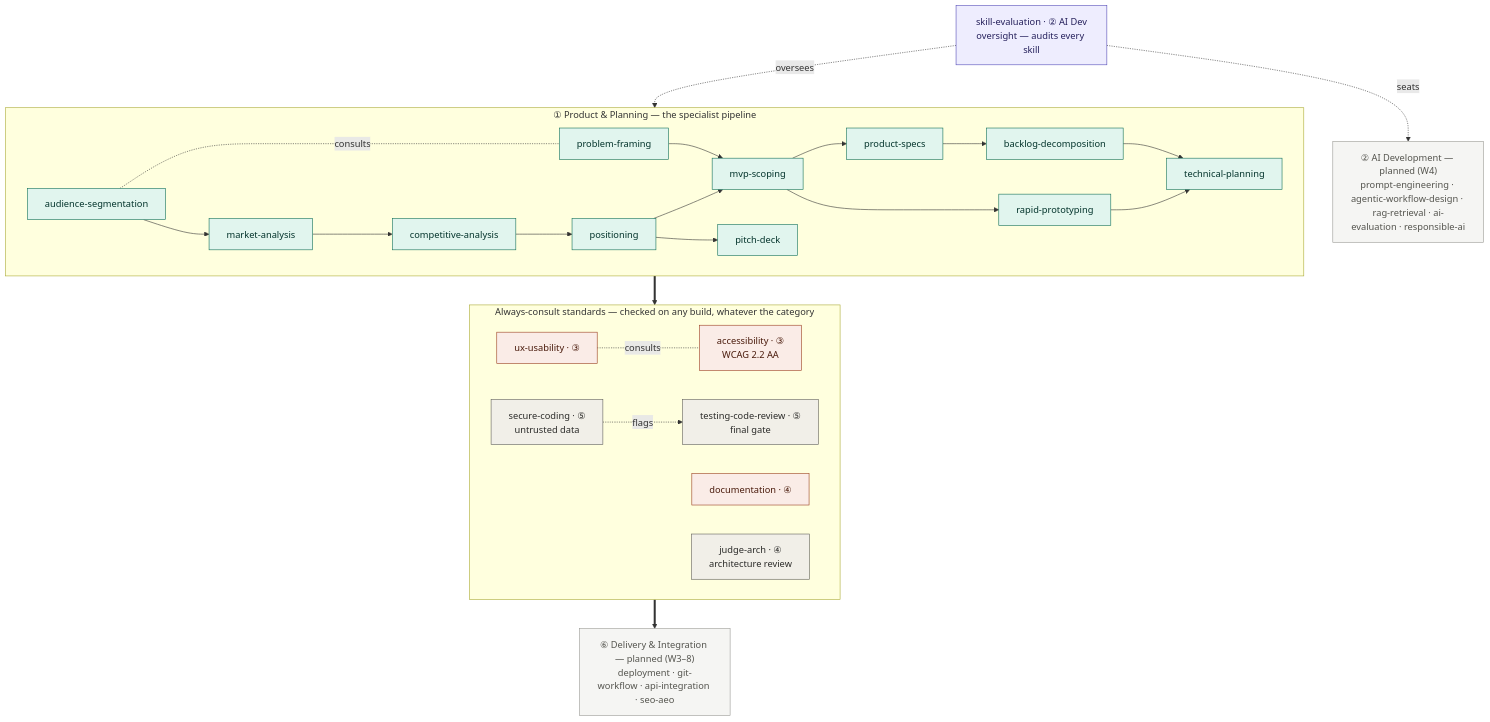
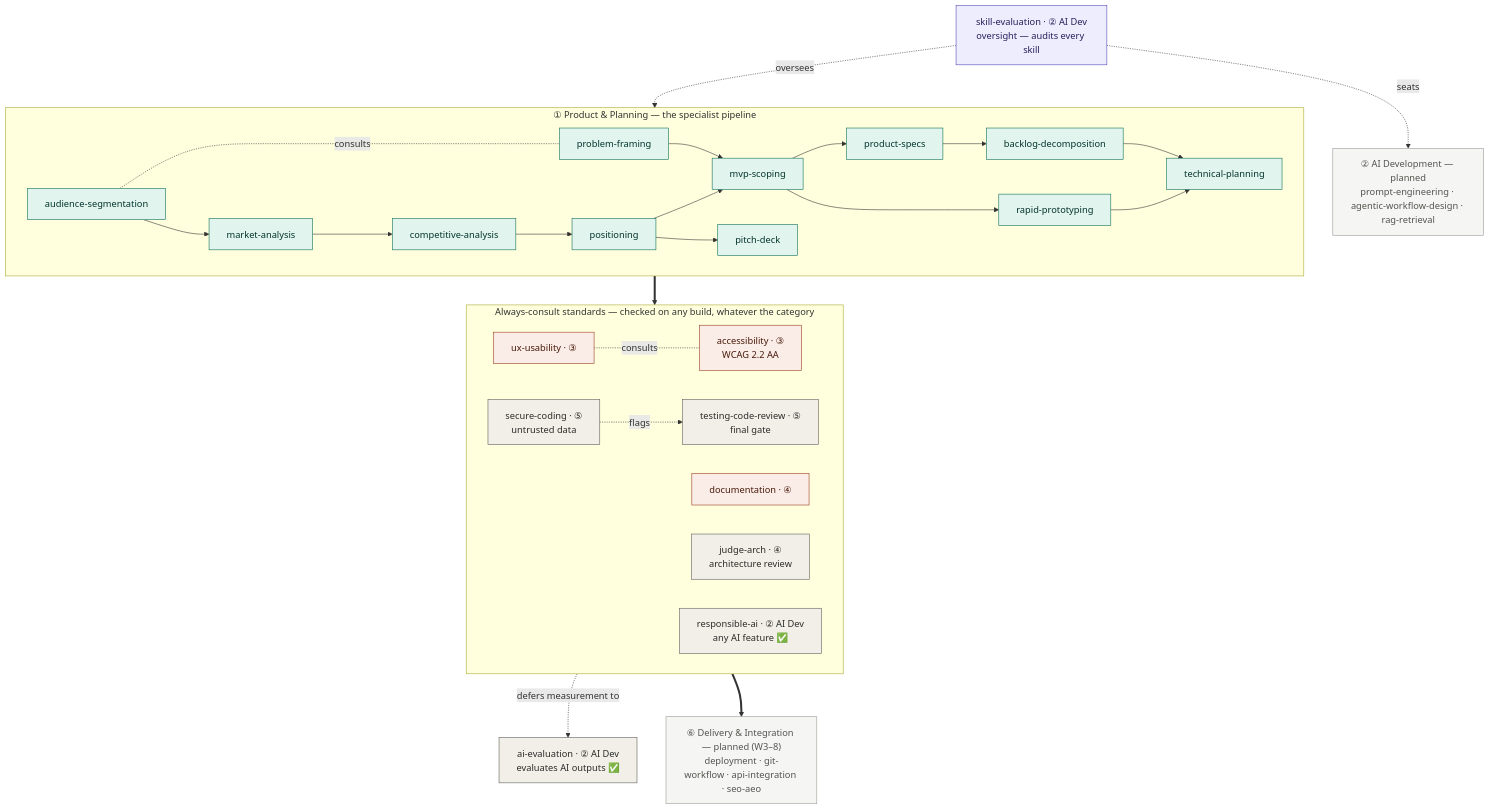
One commit to ValeriyaMetla/AI-Development-Residency changed the diagram in docs/SKILLS-LIBRARY.md. Above: the diagram before and after it, drawn with Mermaid.

````diff
--- a/docs/SKILLS-LIBRARY.md
+++ b/docs/SKILLS-LIBRARY.md
@@ -130,41 +130,44 @@
 ```mermaid
 flowchart TD
     SE["skill-evaluation · ② AI Dev<br/>oversight — audits every skill"]
+    AIE["ai-evaluation · ② AI Dev<br/>evaluates AI outputs ✅"]
 
     subgraph C1["① Product & Planning — the specialist pipeline"]
       direction LR
       PF["problem-framing"] --> MVP["mvp-scoping"]
       AS["audience-segmentation"] --> MA["market-analysis"] --> CA["competitive-analysis"] --> POS["positioning"] --> MVP
       MVP --> PS["product-specs"] --> BD["backlog-decomposition"] --> TP["technical-planning"]
       MVP --> RP["rapid-prototyping"] --> TP
       POS --> PD["pitch-deck"]
       AS -. consults .- PF
     end
 
     subgraph XC["Always-consult standards — checked on any build, whatever the category"]
       direction LR
       UX["ux-usability · ③"] -. consults .- A11Y["accessibility · ③<br/>WCAG 2.2 AA"]
       DOC["documentation · ④"]
       JA["judge-arch · ④<br/>architecture review"]
       SEC["secure-coding · ⑤<br/>untrusted data"] -. flags .-> TCR["testing-code-review · ⑤<br/>final gate"]
+      RAI["responsible-ai · ② AI Dev<br/>any AI feature ✅"]
     end
 
-    AID["② AI Development — planned (W4)<br/>prompt-engineering · agentic-workflow-design · rag-retrieval · ai-evaluation · responsible-ai"]
+    AID["② AI Development — planned<br/>prompt-engineering · agentic-workflow-design · rag-retrieval"]
     C6["⑥ Delivery & Integration — planned (W3–8)<br/>deployment · git-workflow · api-integration · seo-aeo"]
 
     SE -. oversees .-> C1
     TP ==> XC
     XC ==> C6
     SE -. seats .-> AID
+    RAI -. defers measurement to .-> AIE
 
     classDef strat fill:#E1F5EE,stroke:#0F6E56,color:#04342C;
     classDef build fill:#FAECE7,stroke:#993C1D,color:#4A1B0C;
     classDef gate fill:#F1EFE8,stroke:#5F5E5A,color:#2C2C2A;
     classDef over fill:#EEEDFE,stroke:#534AB7,color:#26215C;
     classDef plan fill:#F5F5F3,stroke:#9A9A95,color:#55554F;
     class PF,MVP,PS,TP,BD,RP,AS,MA,CA,POS,PD strat;
     class UX,A11Y,DOC build;
-    class SEC,TCR,JA gate;
+    class SEC,TCR,JA,RAI,AIE gate;
     class SE over;
     class AID,C6 plan;
 ```
````
